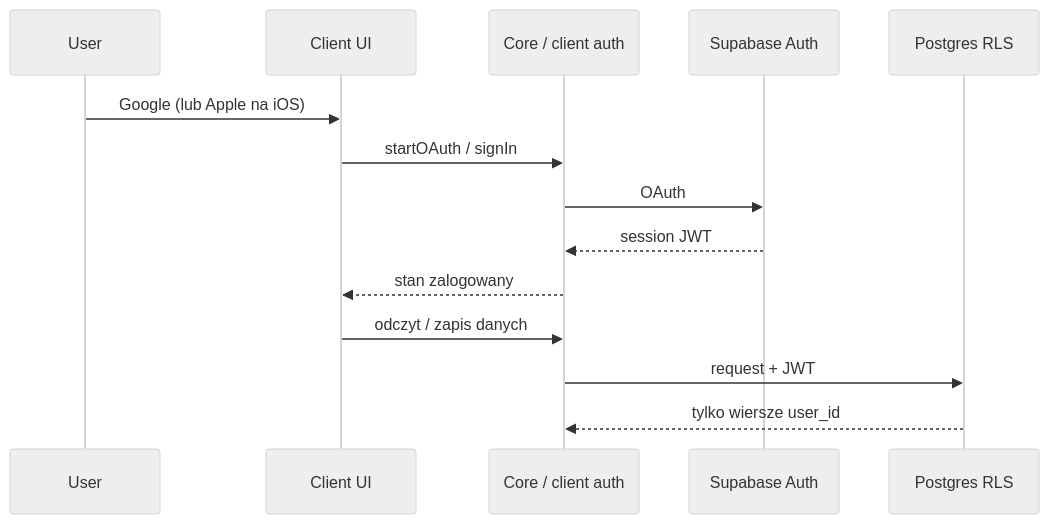
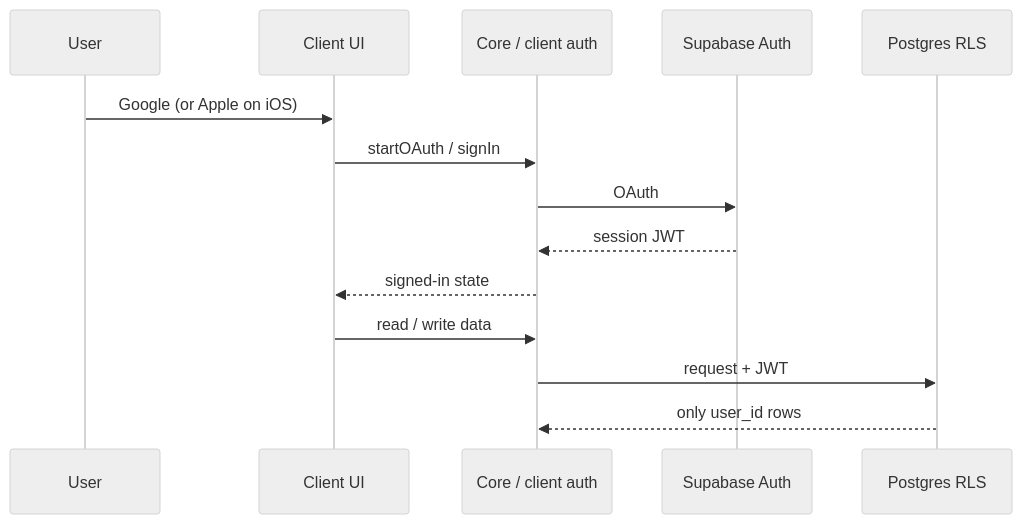
One commit to MarekBiolik/GymManager changed the diagram in docs/architecture/auth.md. Above: the diagram before and after it, drawn with Mermaid (neutral theme). The commit also changed other lines of this file and 29 other files, not shown here.

First line of the commit message:
docs: translate architecture foundations to English

````diff
--- a/docs/architecture/auth.md
+++ b/docs/architecture/auth.md
@@ -67,16 +67,16 @@
 ```mermaid
 sequenceDiagram
   participant U as User
   participant App as Client UI
   participant Core as Core / client auth
   participant SA as Supabase Auth
   participant DB as Postgres RLS
-  U->>App: Google (lub Apple na iOS)
+  U->>App: Google (or Apple on iOS)
   App->>Core: startOAuth / signIn
   Core->>SA: OAuth
   SA-->>Core: session JWT
-  Core-->>App: stan zalogowany
-  App->>Core: odczyt / zapis danych
+  Core-->>App: signed-in state
+  App->>Core: read / write data
   Core->>DB: request + JWT
-  DB-->>Core: tylko wiersze user_id
+  DB-->>Core: only user_id rows
 ```
````
